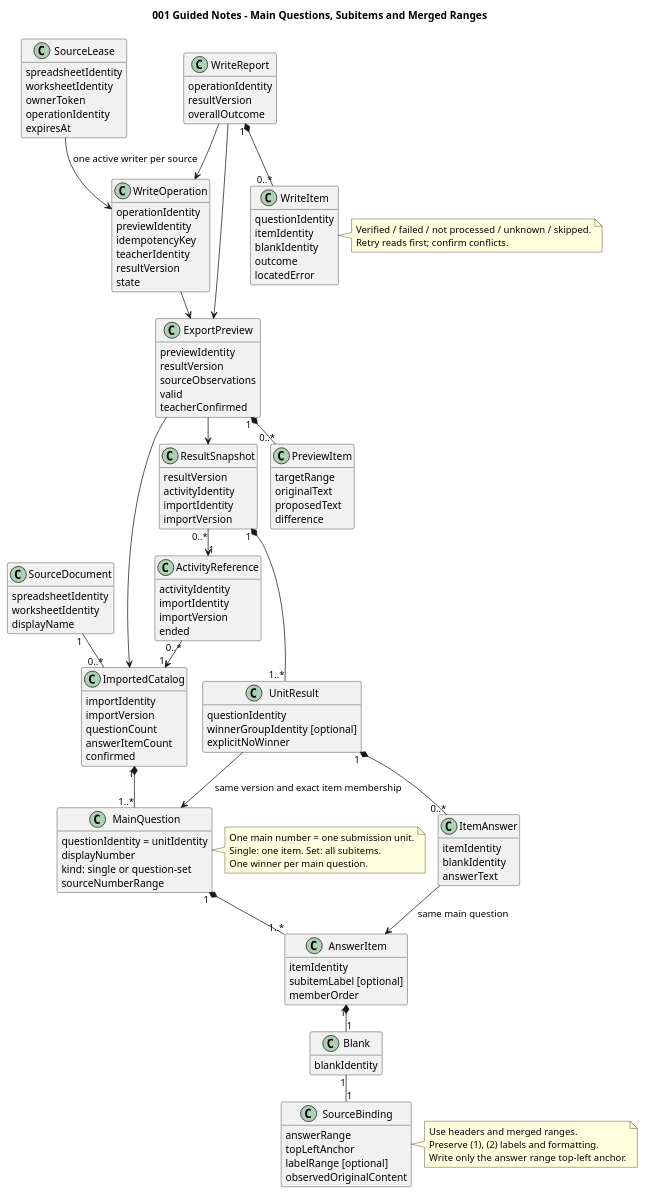
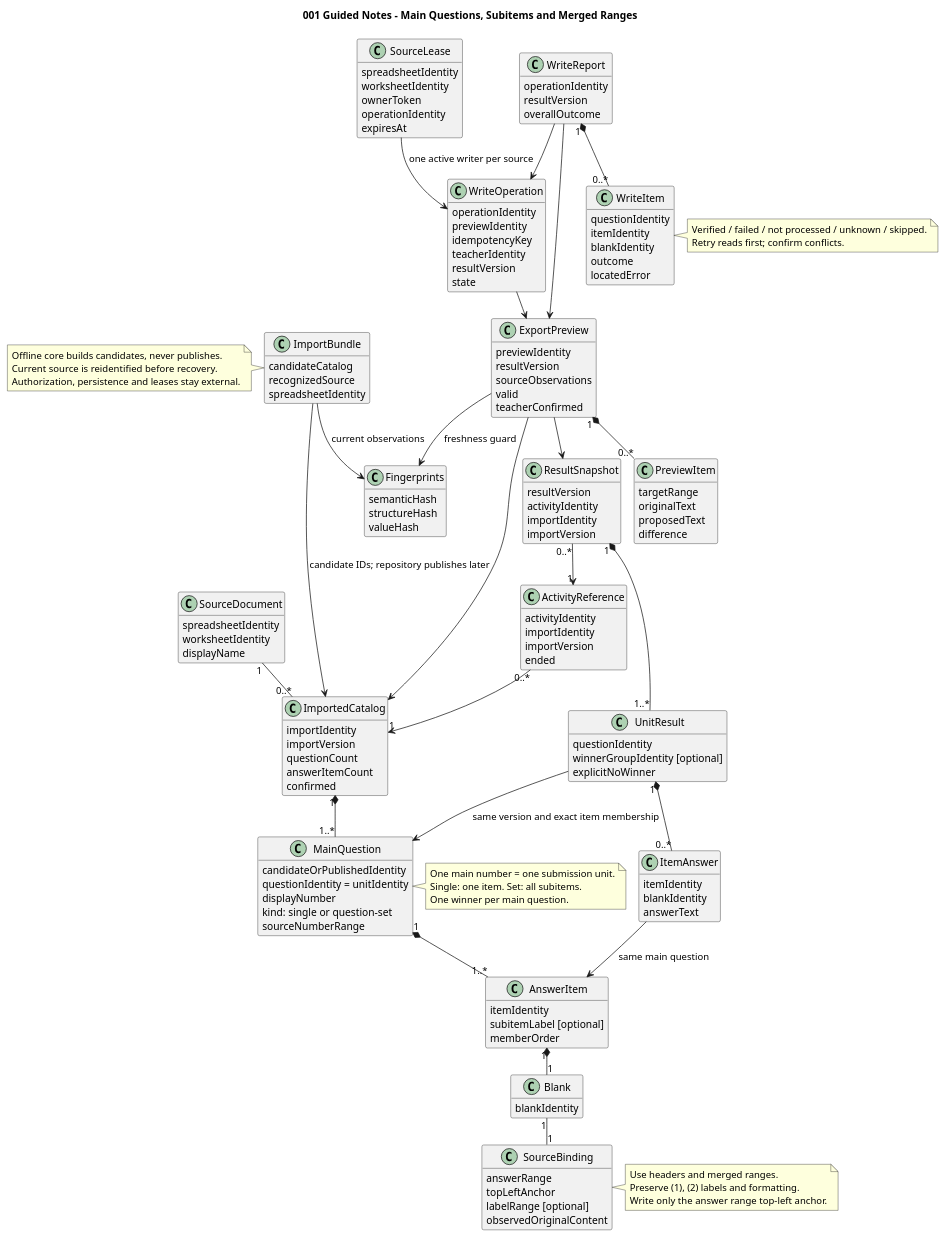
One commit to Afra0704/se2026-group20-speckit changed the diagram in diagrams/001-guided-notes-class.puml. Above: the diagram before and after it, drawn with PlantUML. The commit also changed 25 other files, not shown here.

Commit message:
feat: complete offline import export recovery and OAuth cores

```diff
--- a/diagrams/001-guided-notes-class.puml
+++ b/diagrams/001-guided-notes-class.puml
@@ -1,134 +1,153 @@
 @startuml
 !pragma layout smetana
 skinparam shadowing false
 skinparam defaultFontName SansSerif
 hide empty methods
 title 001 Guided Notes - Main Questions, Subitems and Merged Ranges
 class SourceDocument {
  spreadsheetIdentity
  worksheetIdentity
  displayName
 }
 class ImportedCatalog {
  importIdentity
  importVersion
  questionCount
  answerItemCount
  confirmed
 }
 class MainQuestion {
+ candidateOrPublishedIdentity
  questionIdentity = unitIdentity
  displayNumber
  kind: single or question-set
  sourceNumberRange
+}
+class ImportBundle {
+ candidateCatalog
+ recognizedSource
+ spreadsheetIdentity
+}
+class Fingerprints {
+ semanticHash
+ structureHash
+ valueHash
 }
 class AnswerItem {
  itemIdentity
  subitemLabel [optional]
  memberOrder
 }
 class Blank {
  blankIdentity
 }
 class SourceBinding {
  answerRange
  topLeftAnchor
  labelRange [optional]
  observedOriginalContent
 }
 class ActivityReference {
  activityIdentity
  importIdentity
  importVersion
  ended
 }
 class ResultSnapshot {
  resultVersion
  activityIdentity
  importIdentity
  importVersion
 }
 class UnitResult {
  questionIdentity
  winnerGroupIdentity [optional]
  explicitNoWinner
 }
 class ItemAnswer {
  itemIdentity
  blankIdentity
  answerText
 }
 class ExportPreview {
  previewIdentity
  resultVersion
  sourceObservations
  valid
  teacherConfirmed
 }
 class PreviewItem {
  targetRange
  originalText
  proposedText
  difference
 }
 class WriteOperation {
  operationIdentity
  previewIdentity
  idempotencyKey
  teacherIdentity
  resultVersion
  state
 }
 class SourceLease {
  spreadsheetIdentity
  worksheetIdentity
  ownerToken
  operationIdentity
  expiresAt
 }
 class WriteReport {
  operationIdentity
  resultVersion
  overallOutcome
 }
 class WriteItem {
  questionIdentity
  itemIdentity
  blankIdentity
  outcome
  locatedError
 }
 SourceDocument "1" -- "0..*" ImportedCatalog
+ImportBundle --> ImportedCatalog : candidate IDs; repository publishes later
+ImportBundle --> Fingerprints : current observations
+ExportPreview --> Fingerprints : freshness guard
 ImportedCatalog "1" *-- "1..*" MainQuestion
 MainQuestion "1" *-- "1..*" AnswerItem
 AnswerItem "1" *-- "1" Blank
 Blank "1" -- "1" SourceBinding
 ActivityReference "0..*" --> "1" ImportedCatalog
 ResultSnapshot "0..*" --> "1" ActivityReference
 ResultSnapshot "1" *-- "1..*" UnitResult
 UnitResult --> MainQuestion : same version and exact item membership
 UnitResult "1" *-- "0..*" ItemAnswer
 ItemAnswer --> AnswerItem : same main question
 ExportPreview --> ImportedCatalog
 ExportPreview --> ResultSnapshot
 ExportPreview "1" *-- "0..*" PreviewItem
 WriteOperation --> ExportPreview
 SourceLease --> WriteOperation : one active writer per source
 WriteReport --> WriteOperation
 WriteReport --> ExportPreview
 WriteReport "1" *-- "0..*" WriteItem
 note right of MainQuestion
 One main number = one submission unit.
 Single: one item. Set: all subitems.
 One winner per main question.
 end note
 note right of SourceBinding
 Use headers and merged ranges.
 Preserve (1), (2) labels and formatting.
 Write only the answer range top-left anchor.
 end note
+note left of ImportBundle
+Offline core builds candidates, never publishes.
+Current source is reidentified before recovery.
+Authorization, persistence and leases stay external.
+end note
 note right of WriteItem
 Verified / failed / not processed / unknown / skipped.
 Retry reads first; confirm conflicts.
 end note
 @enduml
```
